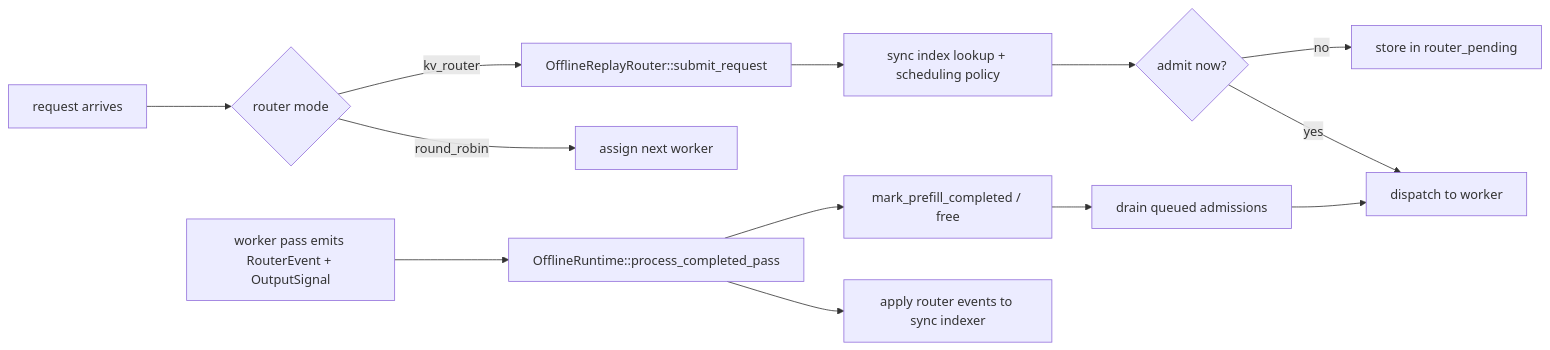
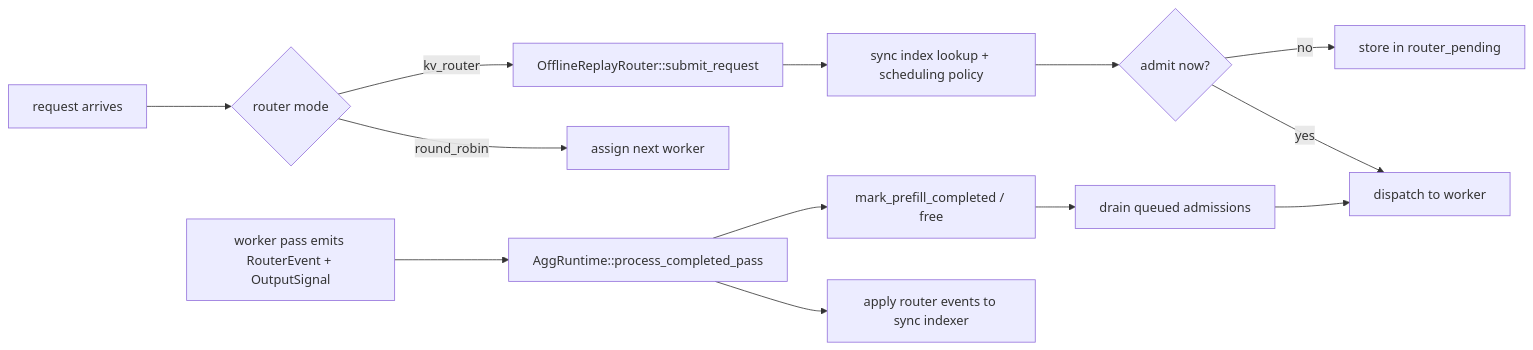
The second of 2 diagrams in lib/mocker/src/replay/offline/README.md (wxsms/dynamo), drawn with Mermaid before and after one commit. The commit also changed other lines of this file and 42 other files, not shown here.

Commit message:
chore(mocker): batch live output signal sends (#7647)

````diff
--- a/lib/mocker/src/replay/offline/README.md
+++ b/lib/mocker/src/replay/offline/README.md
@@ -157,16 +157,16 @@
 ```mermaid
 flowchart LR
     A["request arrives"] --> B{"router mode"}
     B -->|round_robin| C["assign next worker"]
     B -->|kv_router| D["OfflineReplayRouter::submit_request"]
     D --> E["sync index lookup + scheduling policy"]
     E --> F{"admit now?"}
     F -->|yes| G["dispatch to worker"]
     F -->|no| H["store in router_pending"]
 
-    I["worker pass emits RouterEvent + OutputSignal"] --> J["OfflineRuntime::process_completed_pass"]
+    I["worker pass emits RouterEvent + OutputSignal"] --> J["AggRuntime::process_completed_pass"]
     J --> K["apply router events to sync indexer"]
     J --> L["mark_prefill_completed / free"]
     L --> M["drain queued admissions"]
     M --> G
 ```
````
